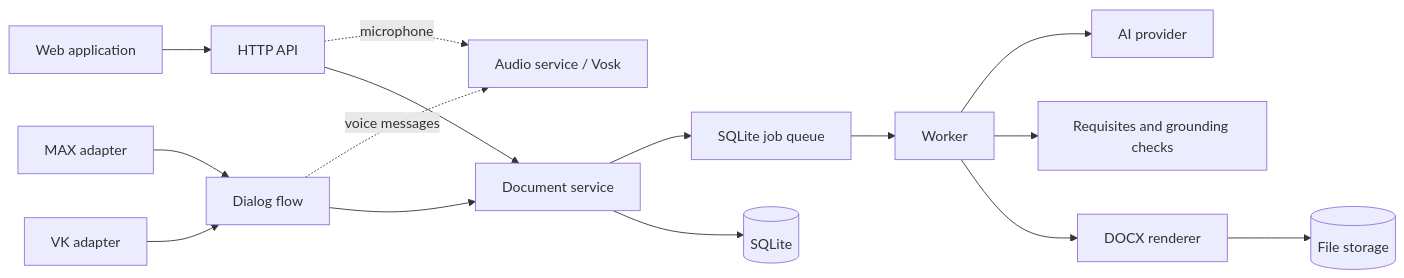
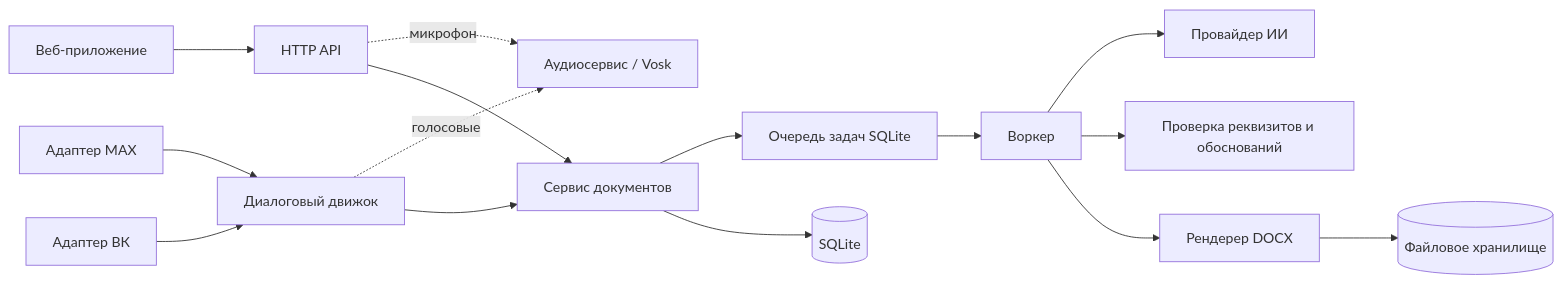
The diagram in README.md (SomeSuperCoder/DocxGen), drawn with Mermaid before and after one commit. The commit also changed other lines of this file and 10 other files, not shown here.

````diff
--- a/README.md
+++ b/README.md
@@ -138,17 +138,17 @@
 ```mermaid
 flowchart LR
-  WEB[Web application] --> API[HTTP API]
-  MAX[MAX adapter] --> FLOW[Dialog flow]
-  VK[VK adapter] --> FLOW
-  FLOW -. voice messages .-> STT[Audio service / Vosk]
-  API -. microphone .-> STT
-  API --> DOC[Document service]
+  WEB[Веб-приложение] --> API[HTTP API]
+  MAX[Адаптер MAX] --> FLOW[Диалоговый движок]
+  VK[Адаптер ВК] --> FLOW
+  FLOW -. голосовые .-> STT[Аудиосервис / Vosk]
+  API -. микрофон .-> STT
+  API --> DOC[Сервис документов]
   FLOW --> DOC
-  DOC --> Q[SQLite job queue]
-  Q --> W[Worker]
-  W --> AI[AI provider]
-  W --> VALIDATE[Requisites and grounding checks]
-  W --> DOCX[DOCX renderer]
+  DOC --> Q[Очередь задач SQLite]
+  Q --> W[Воркер]
+  W --> AI[Провайдер ИИ]
+  W --> VALIDATE[Проверка реквизитов и обоснований]
+  W --> DOCX[Рендерер DOCX]
   DOC --> DB[(SQLite)]
-  DOCX --> FILES[(File storage)]
+  DOCX --> FILES[(Файловое хранилище)]
 ```
````
